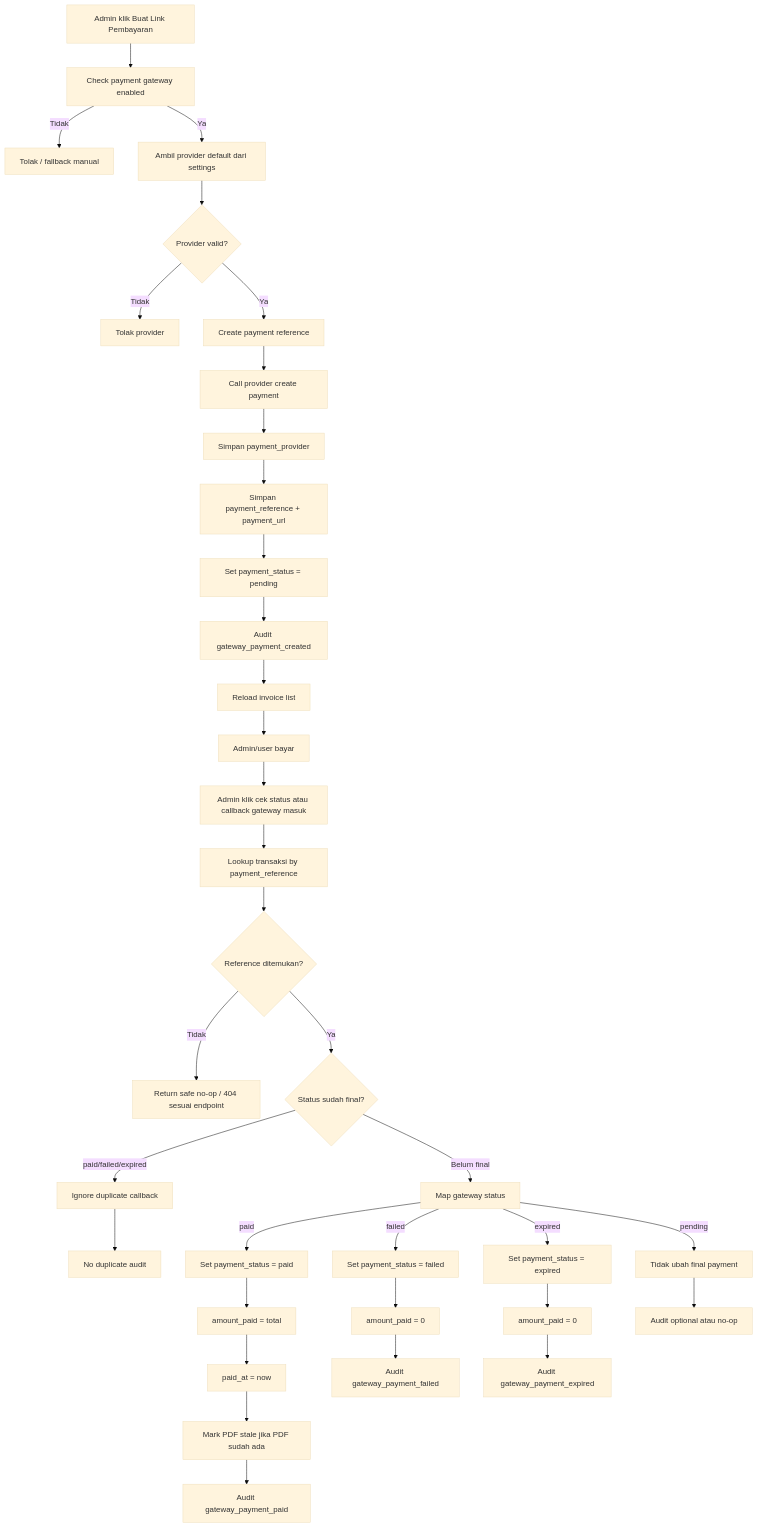
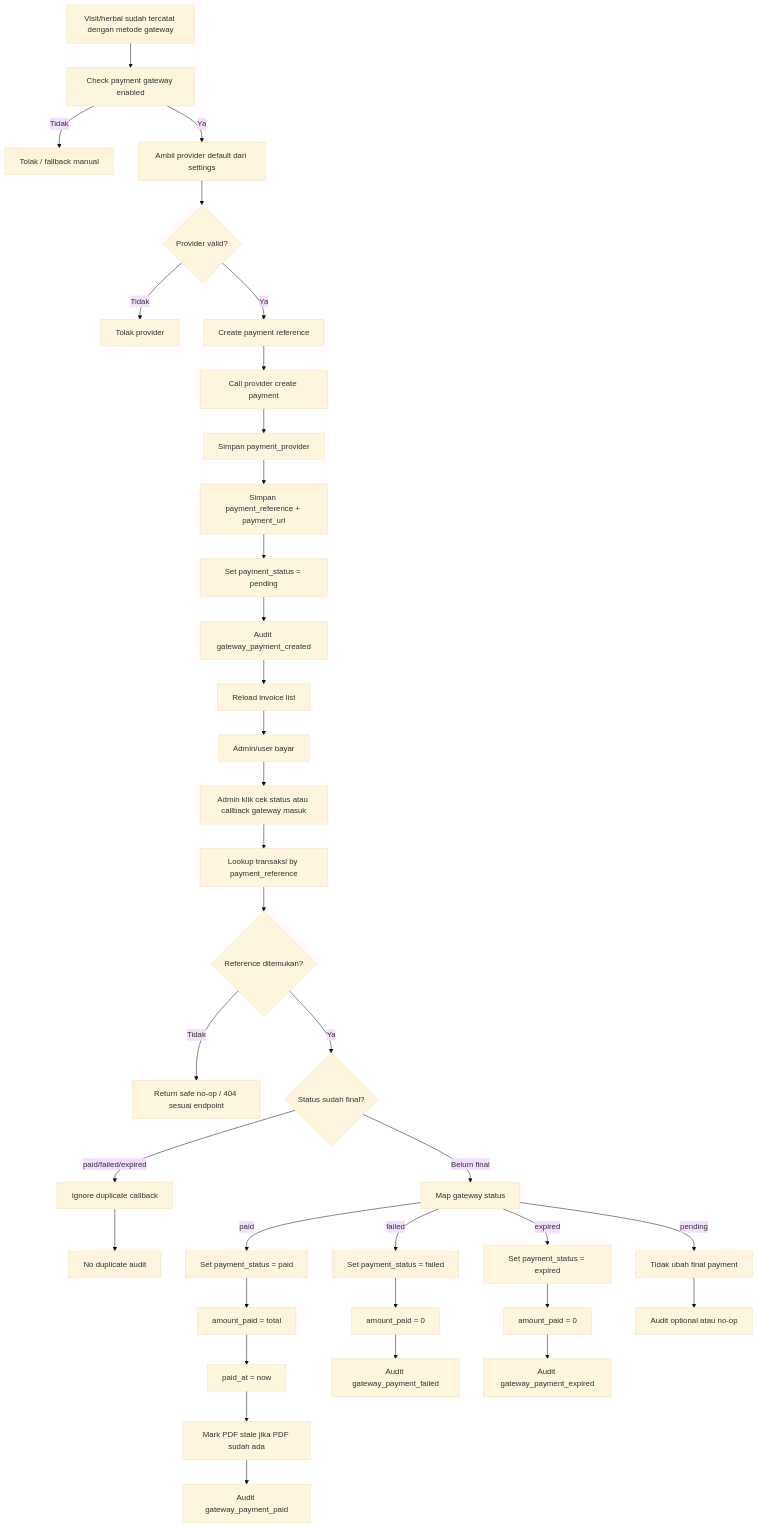
The first of 3 diagrams in docs/flowcharts/06-payment-gateway.md (fajarrizki09/Lanacardinamicadmin), drawn with Mermaid (base theme) before and after one commit. The commit also changed other lines of this file and 2 other files, not shown here.

Commit message:
docs: clarify visit gateway payment flow

````diff
--- a/docs/flowcharts/06-payment-gateway.md
+++ b/docs/flowcharts/06-payment-gateway.md
@@ -7,42 +9,42 @@
 ```mermaid
 flowchart TD
-    A[Admin klik Buat Link Pembayaran] --> B[Check payment gateway enabled]
+    A[Visit/herbal sudah tercatat dengan metode gateway] --> B[Check payment gateway enabled]
     B -->|Tidak| C[Tolak / fallback manual]
     B -->|Ya| D[Ambil provider default dari settings]
     D --> E{Provider valid?}
     E -->|Tidak| F[Tolak provider]
     E -->|Ya| G[Create payment reference]
     G --> H[Call provider create payment]
     H --> I[Simpan payment_provider]
     I --> J[Simpan payment_reference + payment_url]
     J --> K[Set payment_status = pending]
     K --> L[Audit gateway_payment_created]
     L --> M[Reload invoice list]
 
     M --> N[Admin/user bayar]
     N --> O[Admin klik cek status atau callback gateway masuk]
     O --> P[Lookup transaksi by payment_reference]
     P --> Q{Reference ditemukan?}
     Q -->|Tidak| R[Return safe no-op / 404 sesuai endpoint]
     Q -->|Ya| S{Status sudah final?}
     S -->|paid/failed/expired| T[Ignore duplicate callback]
     T --> U[No duplicate audit]
     S -->|Belum final| V[Map gateway status]
 
     V -->|paid| W[Set payment_status = paid]
     W --> X[amount_paid = total]
     X --> Y[paid_at = now]
     Y --> Z[Mark PDF stale jika PDF sudah ada]
     Z --> AA[Audit gateway_payment_paid]
 
     V -->|failed| AB[Set payment_status = failed]
     AB --> AC[amount_paid = 0]
     AC --> AD[Audit gateway_payment_failed]
 
     V -->|expired| AE[Set payment_status = expired]
     AE --> AF[amount_paid = 0]
     AF --> AG[Audit gateway_payment_expired]
 
     V -->|pending| AH[Tidak ubah final payment]
     AH --> AI[Audit optional atau no-op]
 ```
````
